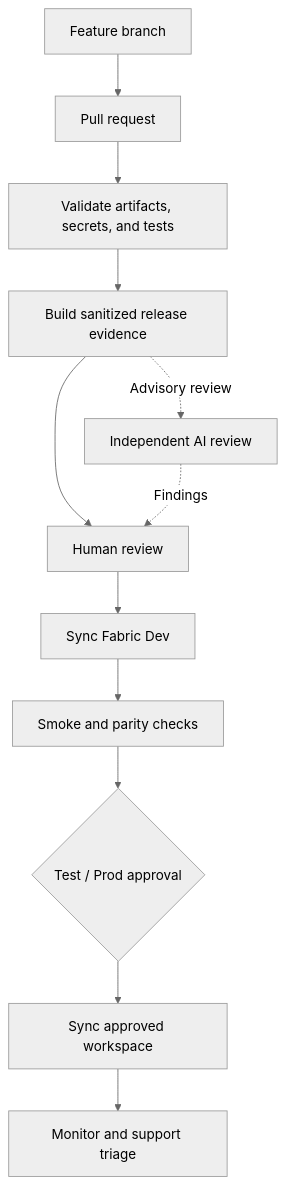
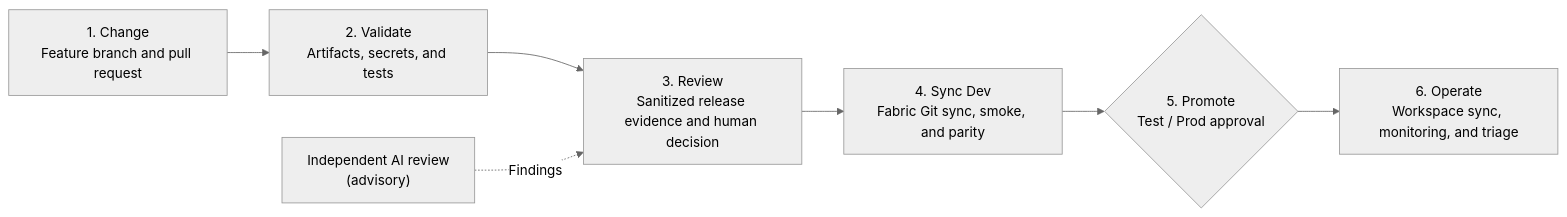
One commit to Fabric-AI-BI-Best-practice/Fabric-and-ADO-skills changed the diagram in README.md. Above: the diagram before and after it, drawn with Mermaid (neutral theme). The commit also changed other lines of this file, not shown here.

Commit message:
Refine README release flow layout
Replace the tall release diagram with a compact six-stage pipeline, a clear Test / Prod approval gate, and an advisory AI input.

```diff
--- a/README.md
+++ b/README.md
@@ -13,15 +21,10 @@
 ~~~mermaid
-flowchart TB
-  A[Feature branch] --> B[Pull request]
-  B --> C[Validate artifacts, secrets, and tests]
-  C --> D[Build sanitized release evidence]
-  D --> E[Human review]
-  E --> F[Sync Fabric Dev]
-  F --> G[Smoke and parity checks]
-  G --> H{Test / Prod approval}
-  H --> I[Sync approved workspace]
-  I --> J[Monitor and support triage]
+flowchart LR
+  A["1. Change<br/>Feature branch and pull request"] --> B["2. Validate<br/>Artifacts, secrets, and tests"]
+  B --> C["3. Review<br/>Sanitized release evidence and human decision"]
+  C --> D["4. Sync Dev<br/>Fabric Git sync, smoke, and parity"]
+  D --> E{"5. Promote<br/>Test / Prod approval"}
+  E --> F["6. Operate<br/>Workspace sync, monitoring, and triage"]
 
-  D -. Advisory review .-> K[Independent AI review]
-  K -. Findings .-> E
+  K["Independent AI review<br/>(advisory)"] -. Findings .-> C
 ~~~
```
